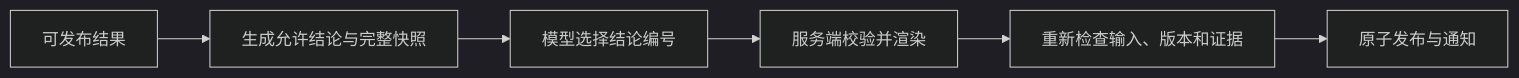
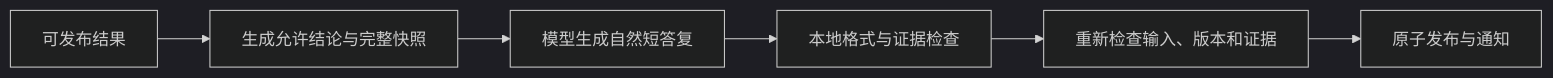
One commit to onedayhappen/ecom-customer-service changed the diagram in docs/回复组织与通知设计.md. Above: the diagram before and after it, drawn with Mermaid (dark theme). The commit also changed other lines of this file and 58 other files, not shown here.

````diff
--- a/docs/回复组织与通知设计.md
+++ b/docs/回复组织与通知设计.md
@@ -11,8 +11,8 @@
 ```mermaid
 flowchart LR
     Results[可发布结果] --> Claims[生成允许结论与完整快照]
-    Claims --> Select[模型选择结论编号]
-    Select --> Render[服务端校验并渲染]
-    Render --> Recheck[重新检查输入、版本和证据]
+    Claims --> Generate[模型生成自然短答复]
+    Generate --> Verify[本地格式与证据检查]
+    Verify --> Recheck[重新检查输入、版本和证据]
     Recheck --> Publish[原子发布与通知]
 ```
````
